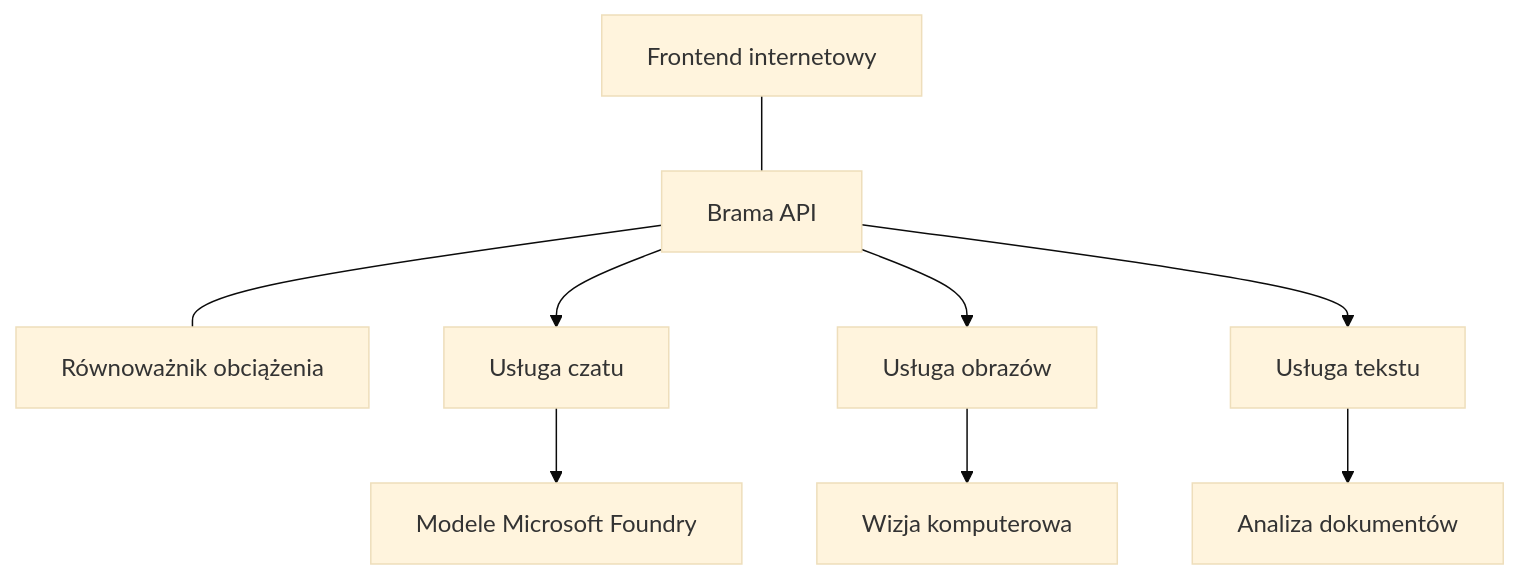
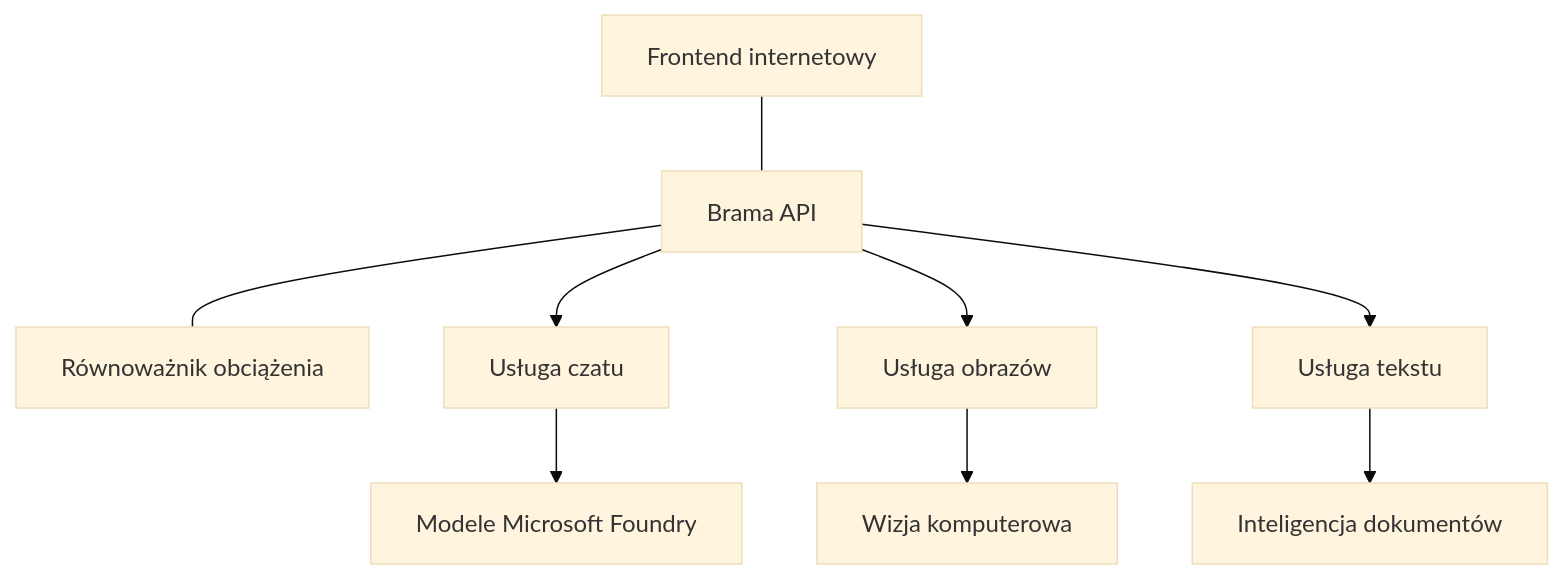
One commit to microsoft/AZD-for-beginners changed the diagram in translations/pl/docs/chapter-08-production/production-ai-practices.md. Above: the diagram before and after it, drawn with Mermaid (base theme). The commit also changed other lines of this file and 101 other files, not shown here.

````diff
--- a/translations/pl/docs/chapter-08-production/production-ai-practices.md
+++ b/translations/pl/docs/chapter-08-production/production-ai-practices.md
@@ -30,10 +30,10 @@
 ```mermaid
 graph TD
     Frontend[Frontend internetowy] --- Gateway[Brama API] --- LB[Równoważnik obciążenia]
     Gateway --> Chat[Usługa czatu]
     Gateway --> Image[Usługa obrazów]
     Gateway --> Text[Usługa tekstu]
     Chat --> OpenAI[Modele Microsoft Foundry]
     Image --> Vision[Wizja komputerowa]
-    Text --> DocIntel[Analiza dokumentów]
+    Text --> DocIntel[Inteligencja dokumentów]
 ```
````
